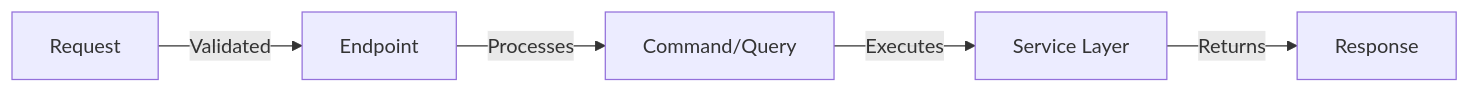
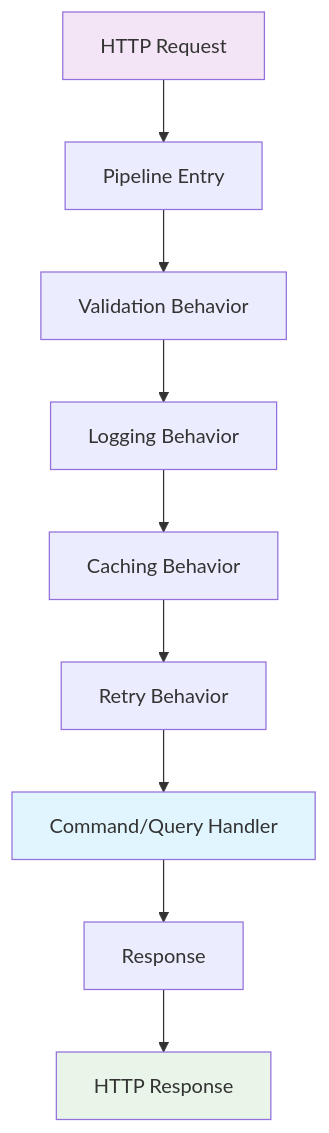
Before and after one commit to Narcoleptic-Fox/CRISP: the diagram in docs/CRISP.md, drawn with Mermaid. The commit also changed other lines of this file and 340 other files, not shown here.

````diff
--- a/docs/CRISP.md
+++ b/docs/CRISP.md
@@ -144,7 +215,15 @@
 ```mermaid
-graph LR
-    A[Request] -->|Validated| B[Endpoint]
-    B -->|Processes| C[Command/Query]
-    C -->|Executes| D[Service Layer]
-    D -->|Returns| E[Response]
+graph TB
+    A[HTTP Request] --> B[Pipeline Entry]
+    B --> C[Validation Behavior]
+    C --> D[Logging Behavior]
+    D --> E[Caching Behavior]
+    E --> F[Retry Behavior]
+    F --> G[Command/Query Handler]
+    G --> H[Response]
+    H --> I[HTTP Response]
+    
+    style G fill:#e1f5fe
+    style A fill:#f3e5f5
+    style I fill:#e8f5e8
 ```
````
